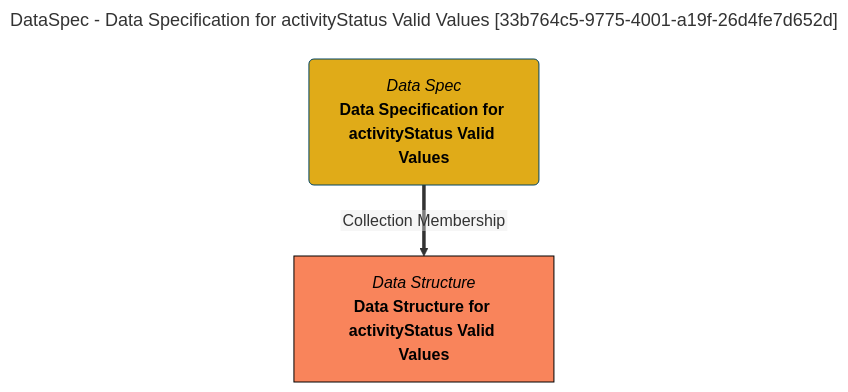
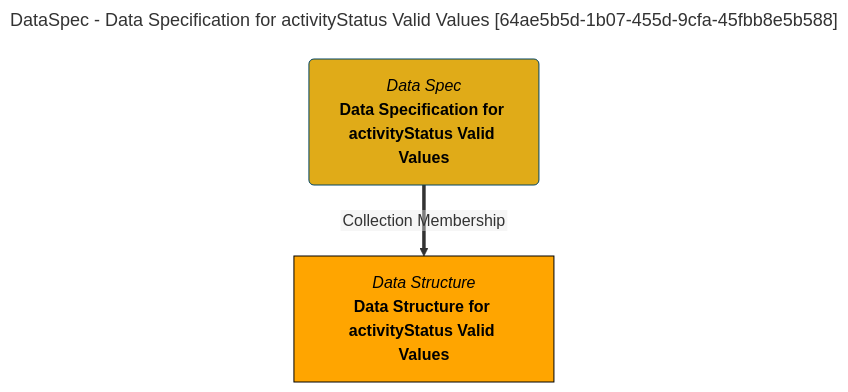
The diagram in site/snippets/collections/data-specs/data-specification-for-activitystatus-valid-values-mermaid-graph.md (odpi/egeria-docs), drawn with Mermaid before and after one commit. The commit also changed 2201 other files, not shown here.

````diff
--- a/site/snippets/collections/data-specs/data-specification-for-activitystatus-valid-values-mermaid-graph.md
+++ b/site/snippets/collections/data-specs/data-specification-for-activitystatus-valid-values-mermaid-graph.md
@@ -1,15 +1,15 @@
 ```mermaid
 ---
-title: DataSpec - Data Specification for activityStatus Valid Values [33b764c5-9775-4001-a19f-26d4fe7d652d]
+title: DataSpec - Data Specification for activityStatus Valid Values [64ae5b5d-1b07-455d-9cfa-45fbb8e5b588]
 ---
 flowchart TD
 %%{init: {"flowchart": {"htmlLabels": false}} }%%
 
 1@{ shape: rounded, label: "*Data Spec*
 **Data Specification for activityStatus Valid Values**"}
 2@{ shape: rect, label: "*Data Structure*
 **Data Structure for activityStatus Valid Values**"}
 1==>|"Collection Membership"|2
 style 1 color:#000000, fill:#e0ab18, stroke:#004563
-style 2 color:#000000, fill:#f9845b, stroke:#000000
+style 2 color:#000000, fill:#FFA500, stroke:#000000
 ```
````
